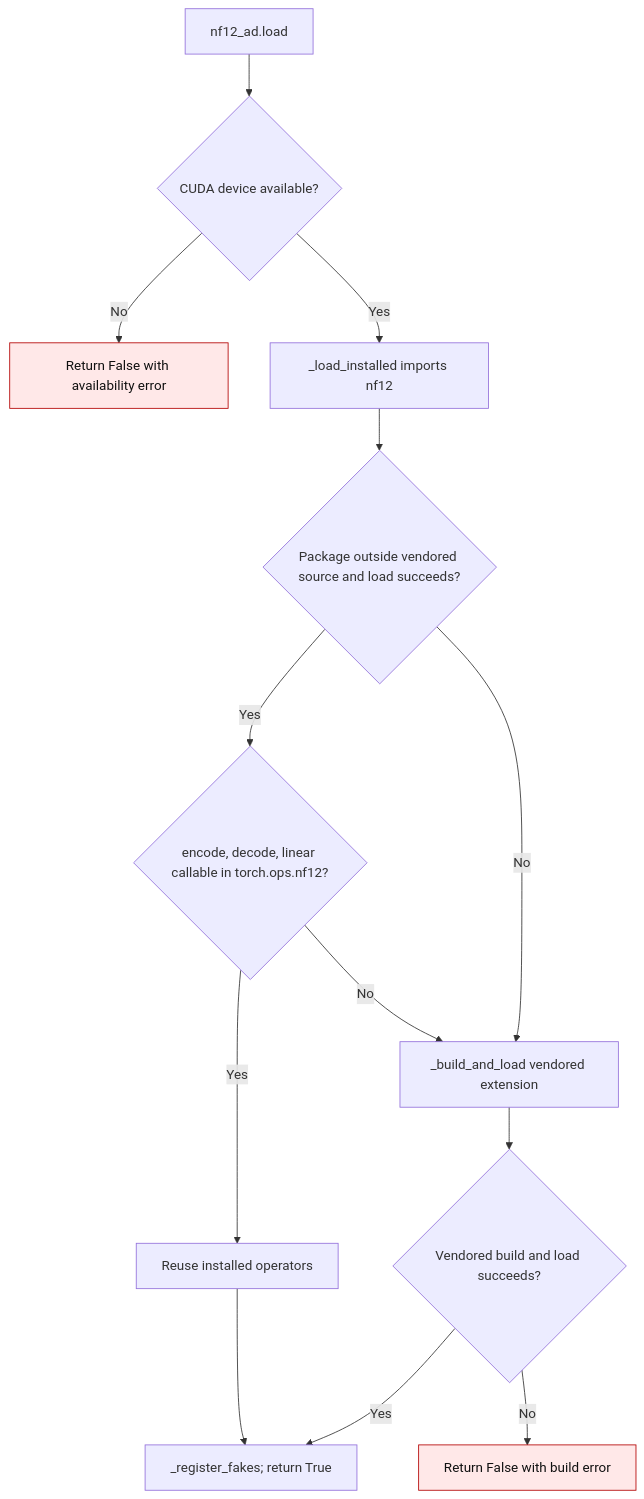
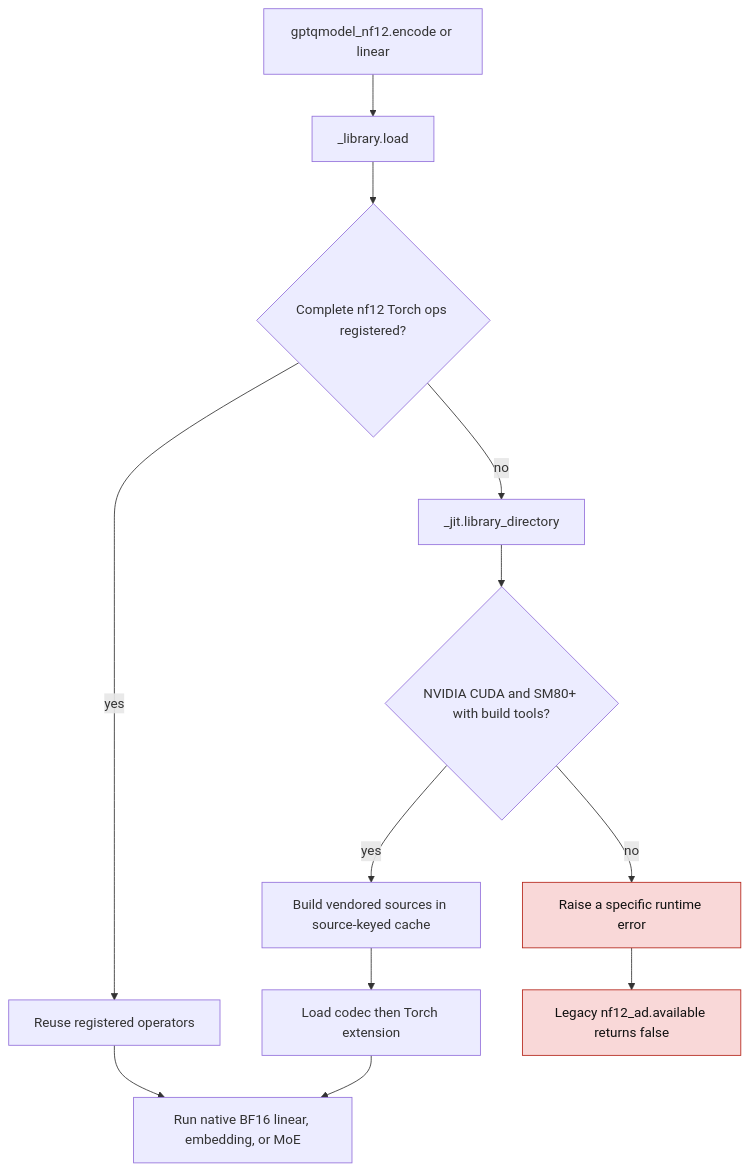
The first of 2 diagrams in docs/nf12-installed-extension.md (ModelCloud/GPTQModel), drawn with Mermaid before and after one commit. The commit also changed other lines of this file and 16 other files, not shown here.

````diff
--- a/docs/nf12-installed-extension.md
+++ b/docs/nf12-installed-extension.md
@@ -9,17 +11,16 @@
 ```mermaid
 flowchart TD
-    A["nf12_ad.load"] --> B{"CUDA device available?"}
-    B -- No --> X["Return False with availability error"]
-    B -- Yes --> C["_load_installed imports nf12"]
-    C --> D{"Package outside vendored source and load succeeds?"}
-    D -- No --> F["_build_and_load vendored extension"]
-    D -- Yes --> E{"encode, decode, linear callable in torch.ops.nf12?"}
-    E -- Yes --> G["Reuse installed operators"]
-    E -- No --> F
-    F --> H{"Vendored build and load succeeds?"}
-    H -- Yes --> I["_register_fakes; return True"]
-    H -- No --> Y["Return False with build error"]
-    G --> I
-    classDef failure fill:#ffe8e8,stroke:#b30000,color:#111;
-    class X,Y failure;
+    A["gptqmodel_nf12.encode or linear"] --> B["_library.load"]
+    B --> C{"Complete nf12 Torch ops registered?"}
+    C -- yes --> D["Reuse registered operators"]
+    C -- no --> E["_jit.library_directory"]
+    E --> F{"NVIDIA CUDA and SM80+ with build tools?"}
+    F -- yes --> G["Build vendored sources in source-keyed cache"]
+    G --> H["Load codec then Torch extension"]
+    H --> I["Run native BF16 linear, embedding, or MoE"]
+    D --> I
+    F -- no --> J["Raise a specific runtime error"]
+    J --> K["Legacy nf12_ad.available returns false"]
+    classDef failure fill:#f9d8d8,stroke:#b42318,color:#111;
+    class J,K failure;
 ```
````
